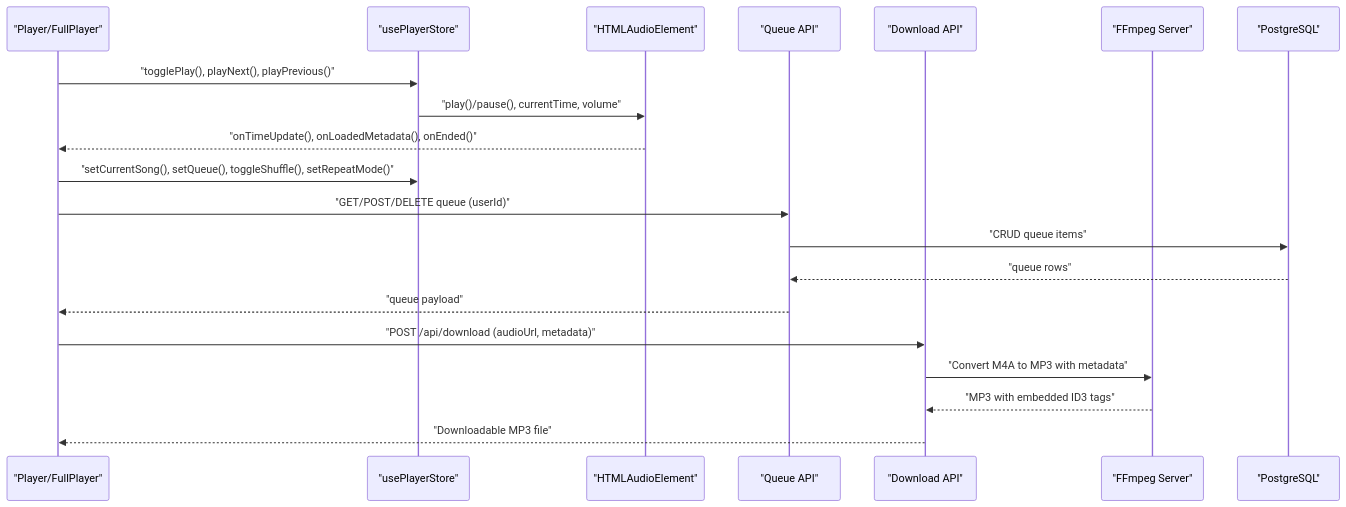
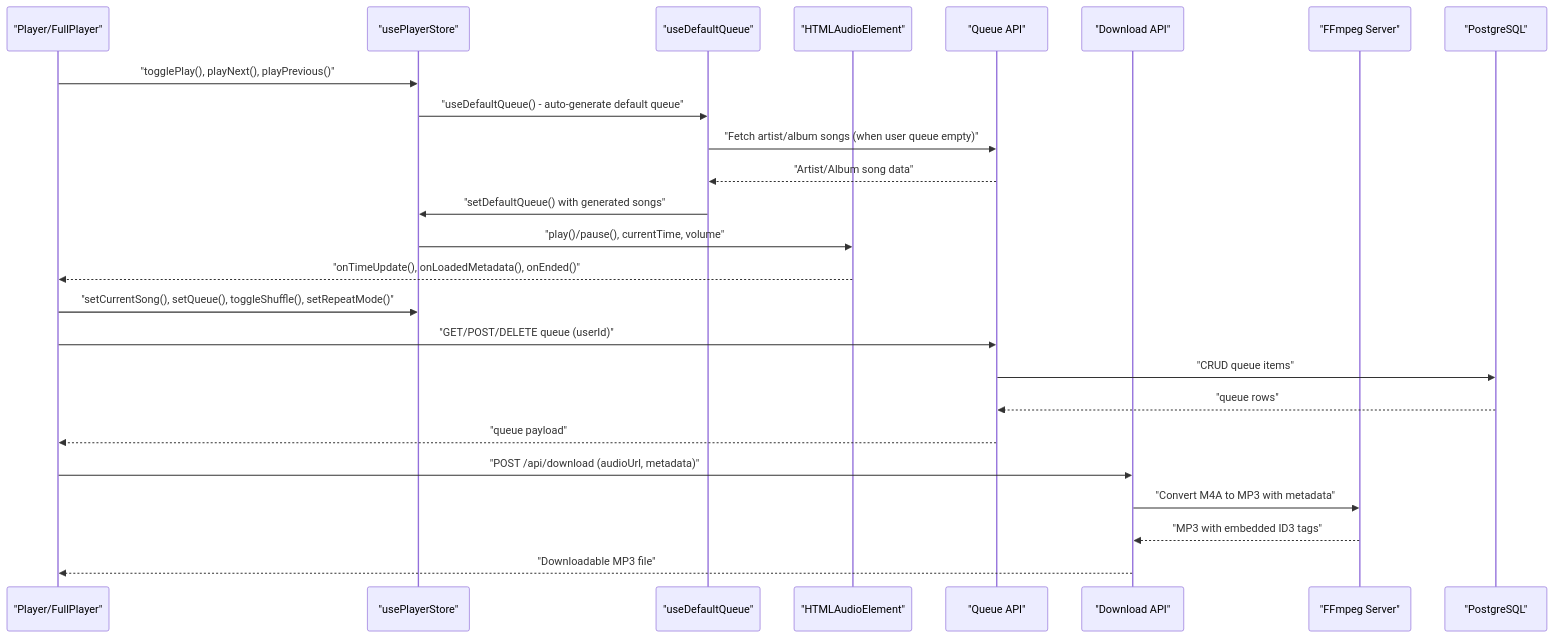
One commit to moindestiny/SonicStream changed the second of 11 diagrams in .qoder/repowiki/en/content/Core Features/Audio Player.md. Above: the diagram before and after it, drawn with Mermaid. The commit also changed other lines of this file and 5 other files, not shown here.

````diff
--- a/.qoder/repowiki/en/content/Core Features/Audio Player.md
+++ b/.qoder/repowiki/en/content/Core Features/Audio Player.md
@@ -136,22 +148,27 @@
 ```mermaid
 sequenceDiagram
 participant UI as "Player/FullPlayer"
 participant Store as "usePlayerStore"
+participant Hook as "useDefaultQueue"
 participant Audio as "HTMLAudioElement"
 participant API as "Queue API"
 participant DownloadAPI as "Download API"
 participant FFmpeg as "FFmpeg Server"
 participant DB as "PostgreSQL"
 UI->>Store : "togglePlay(), playNext(), playPrevious()"
+Store->>Hook : "useDefaultQueue() - auto-generate default queue"
+Hook->>API : "Fetch artist/album songs (when user queue empty)"
+API-->>Hook : "Artist/Album song data"
+Hook->>Store : "setDefaultQueue() with generated songs"
 Store->>Audio : "play()/pause(), currentTime, volume"
 Audio-->>UI : "onTimeUpdate(), onLoadedMetadata(), onEnded()"
 UI->>Store : "setCurrentSong(), setQueue(), toggleShuffle(), setRepeatMode()"
 UI->>API : "GET/POST/DELETE queue (userId)"
 API->>DB : "CRUD queue items"
 DB-->>API : "queue rows"
 API-->>UI : "queue payload"
 UI->>DownloadAPI : "POST /api/download (audioUrl, metadata)"
 DownloadAPI->>FFmpeg : "Convert M4A to MP3 with metadata"
 FFmpeg-->>DownloadAPI : "MP3 with embedded ID3 tags"
 DownloadAPI-->>UI : "Downloadable MP3 file"
 ```
````
